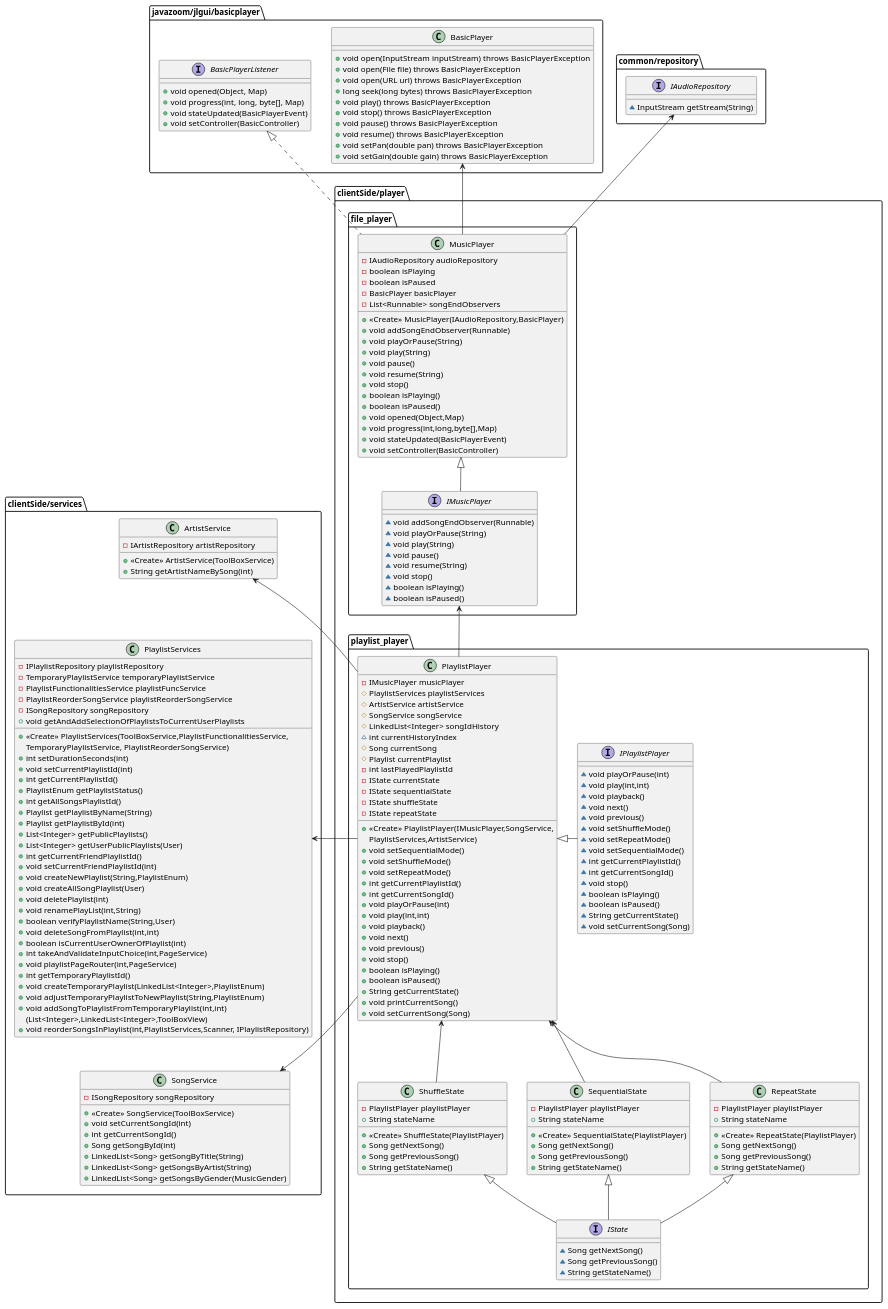
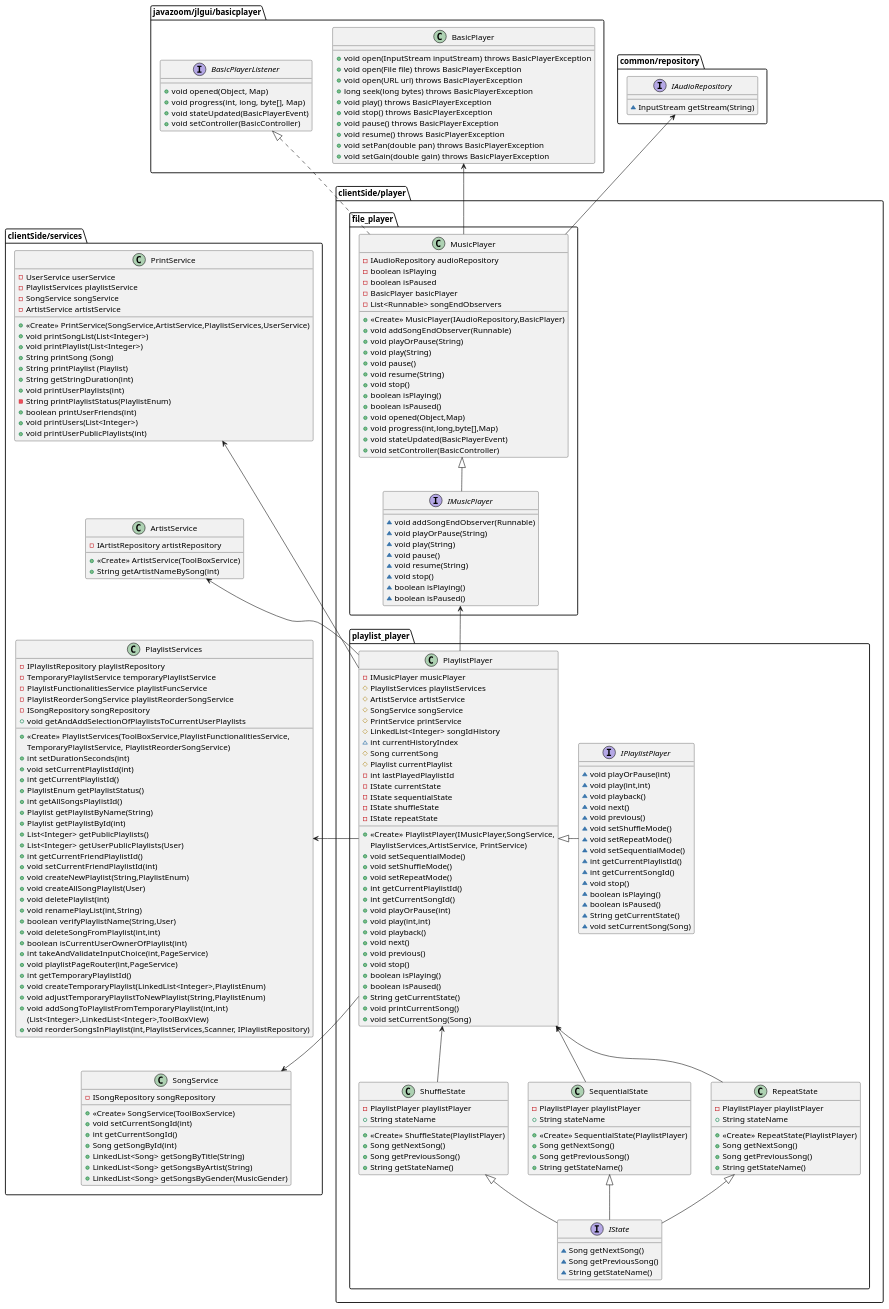
The diagram in Diagrams/classDiagrams/clientSide/player.puml (marionrossier/MiniSpotify), drawn with PlantUML before and after one commit. The commit also changed 14 other files, not shown here.

Commit message:
refactor: enhance playlist management and print functionality, including user playlist ownership checks

```diff
--- a/Diagrams/classDiagrams/clientSide/player.puml
+++ b/Diagrams/classDiagrams/clientSide/player.puml
@@ -5,6 +5,7 @@
 # PlaylistServices playlistServices
 # ArtistService artistService
 # SongService songService
+# PrintService printService
 # LinkedList<Integer> songIdHistory
 ~ int currentHistoryIndex
 # Song currentSong
@@ -15,7 +16,7 @@
 - IState shuffleState
 - IState repeatState
 + <<Create>> PlaylistPlayer(IMusicPlayer,SongService,
-PlaylistServices,ArtistService)
+PlaylistServices,ArtistService, PrintService)
 + void setSequentialMode()
 + void setShuffleMode()
 + void setRepeatMode()
@@ -169,6 +170,24 @@
 + void reorderSongsInPlaylist(int,PlaylistServices,Scanner, IPlaylistRepository)
 }
 
+class "clientSide/services.PrintService" {
+- UserService userService
+- PlaylistServices playlistService
+- SongService songService
+- ArtistService artistService
++ <<Create>> PrintService(SongService,ArtistService,PlaylistServices,UserService)
++ void printSongList(List<Integer>)
++ void printPlaylist(List<Integer>)
++ String printSong (Song)
++ String printPlaylist (Playlist)
++ String getStringDuration(int)
++ void printUserPlaylists(int)
+- String printPlaylistStatus(PlaylistEnum)
++ boolean printUserFriends(int)
++ void printUsers(List<Integer>)
++ void printUserPublicPlaylists(int)
+}
+
 class clientSide/services.ArtistService {
 - IArtistRepository artistRepository
 + <<Create>> ArtistService(ToolBoxService)
@@ -210,7 +229,8 @@
 "clientSide/player.playlist_player.PlaylistPlayer" -u-> "clientSide/player.file_player.IMusicPlayer"
 "clientSide/player.playlist_player.PlaylistPlayer" --> "clientSide/services.SongService"
 "clientSide/player.playlist_player.PlaylistPlayer" -l-> "clientSide/services.PlaylistServices"
-"clientSide/player.playlist_player.PlaylistPlayer" --> "clientSide/services.ArtistService"
+"clientSide/player.playlist_player.PlaylistPlayer" -u-> "clientSide/services.ArtistService"
+"clientSide/player.playlist_player.PlaylistPlayer" -u-> "clientSide/services.PrintService"
 
 "clientSide/player.playlist_player.RepeatState" -u-> "clientSide/player.playlist_player.PlaylistPlayer"
 "clientSide/player.playlist_player.SequentialState" -u-> "clientSide/player.playlist_player.PlaylistPlayer"
@@ -220,6 +240,7 @@
 "javazoom/jlgui/basicplayer.BasicPlayerListener" <|.. "clientSide/player.file_player.MusicPlayer"
 "clientSide/player.file_player.MusicPlayer" -l-> "javazoom/jlgui/basicplayer.BasicPlayer"
 
+"clientSide/services.PrintService" -[hidden]-> "clientSide/services.ArtistService"
 "clientSide/services.SongService" -[hidden]u-> "clientSide/services.PlaylistServices"
 "clientSide/services.PlaylistServices" -[hidden]u-> "clientSide/services.ArtistService"
 
```
